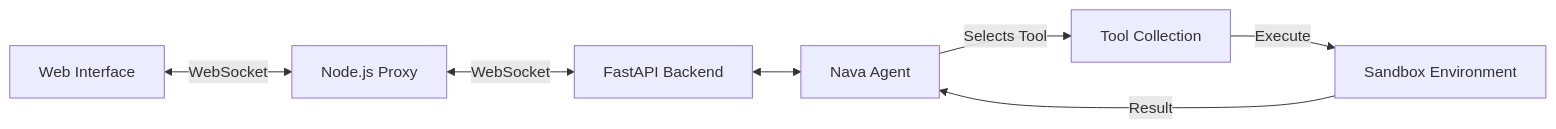
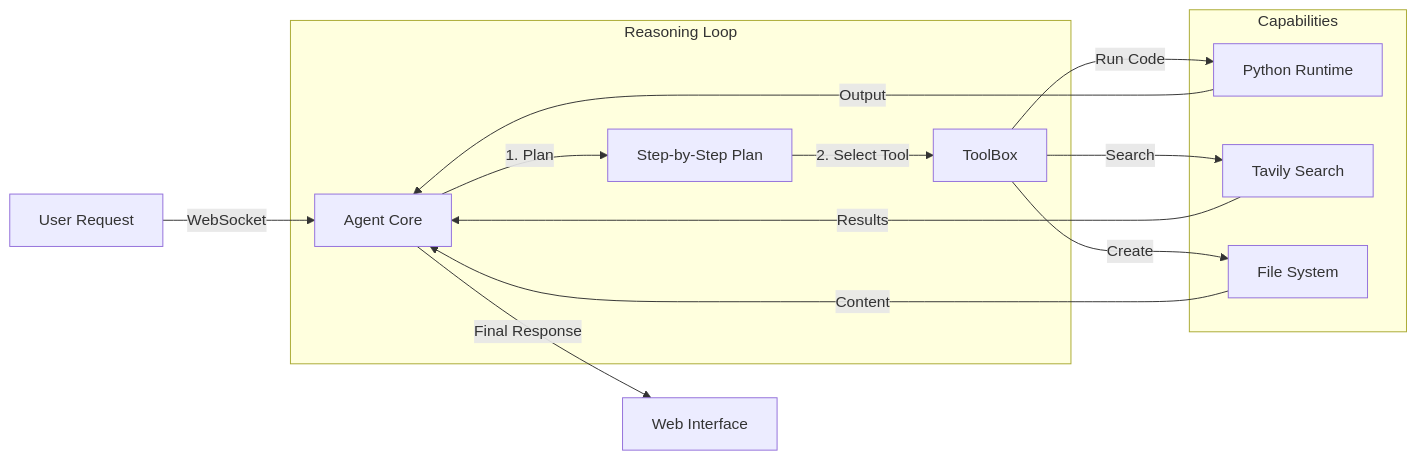
The diagram in README.md (shanmuka7482/Open-Manus), drawn with Mermaid before and after one commit. The commit also changed other lines of this file, not shown here.

````diff
--- a/README.md
+++ b/README.md
@@ -37,9 +50,21 @@
 ```mermaid
 graph LR
-    User[Web Interface] <-->|WebSocket| Proxy[Node.js Proxy]
-    Proxy <-->|WebSocket| API[FastAPI Backend]
-    API <--> Agent[Nava Agent]
-    Agent -- Selects Tool --> Tools[Tool Collection]
-    Tools -->|Execute| Sandbox[Sandbox Environment]
-    Sandbox -->|Result| Agent
+    User[User Request] -->|WebSocket| Brain[Agent Core]
+    
+    subgraph "Reasoning Loop"
+        Brain -->|1. Plan| Planner[Step-by-Step Plan]
+        Planner -->|2. Select Tool| ToolBox
+    end
+    
+    subgraph "Capabilities"
+        ToolBox -->|Run Code| Python[Python Runtime]
+        ToolBox -->|Search| Web[Tavily Search]
+        ToolBox -->|Create| Files[File System]
+    end
+    
+    Python -->|Output| Brain
+    Web -->|Results| Brain
+    Files -->|Content| Brain
+    
+    Brain -->|Final Response| UI[Web Interface]
 ```
````
